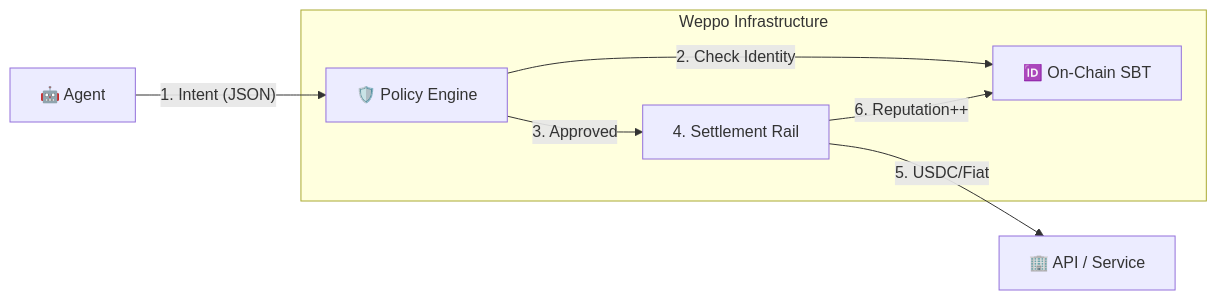
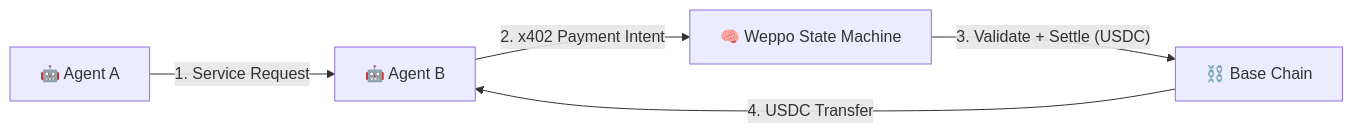
The diagram in README.md (pegasus4me/wepay), drawn with Mermaid before and after one commit. The commit also changed other lines of this file and 25 other files, not shown here.

````diff
--- a/README.md
+++ b/README.md
@@ -46,12 +114,10 @@
 ```mermaid
 graph LR
-    Agent["🤖 Agent"] --"1. Intent (JSON)"--> Policy["🛡️ Policy Engine"]
-    
-    subgraph "Weppo Infrastructure"
-        Policy --"2. Check Identity"--> Passport["🆔 On-Chain SBT"]
-        Policy --"3. Approved"--> Settlement["4. Settlement Rail"]
-    end
-    
-    Settlement --"5. USDC/Fiat"--> Merchant["🏢 API / Service"]
-    Settlement --"6. Reputation++"--> Passport
+    AgentA["🤖 Agent A"] --"1. Service Request"--> AgentB["🤖 Agent B"]
+
+    AgentB --"2. x402 Payment Intent"--> Weppo["🧠 Weppo State Machine"]
+
+    Weppo --"3. Validate + Settle (USDC)"--> Base["⛓️ Base Chain"]
+
+    Base --"4. USDC Transfer"--> AgentB
 ```
````
